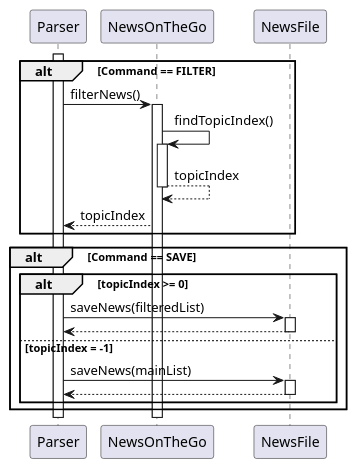
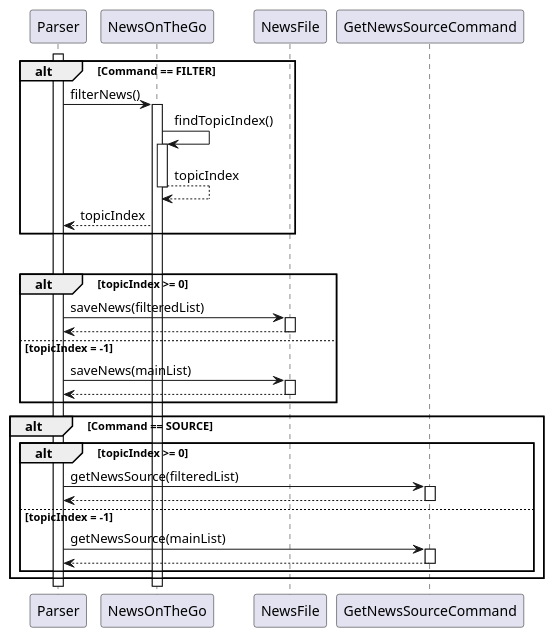
One commit to AhmedShaiyan/tp changed the diagram in docs/UML_Diagrams/filterFunctionSequence.puml. Above: the diagram before and after it, drawn with PlantUML. The commit also changed 10 other files, not shown here.

```diff
--- a/docs/UML_Diagrams/filterFunctionSequence.puml
+++ b/docs/UML_Diagrams/filterFunctionSequence.puml
@@ -2,28 +2,41 @@
 @startuml
 'https://plantuml.com/sequence-diagram
 
 activate Parser
 alt Command == FILTER
 Parser->NewsOnTheGo: filterNews()
 activate NewsOnTheGo
 NewsOnTheGo->NewsOnTheGo: findTopicIndex()
 activate NewsOnTheGo
 NewsOnTheGo-->NewsOnTheGo: topicIndex
 deactivate NewsOnTheGo
 NewsOnTheGo-->Parser: topicIndex
 end
 
 alt Command == SAVE
 alt topicIndex >= 0
 Parser->NewsFile: saveNews(filteredList)
 activate NewsFile
 NewsFile-->Parser
 deactivate NewsFile
 else topicIndex = -1
 Parser->NewsFile: saveNews(mainList)
 activate NewsFile
 NewsFile-->Parser
 deactivate NewsFile
 end
+
+alt Command == SOURCE
+alt topicIndex >= 0
+Parser->GetNewsSourceCommand: getNewsSource(filteredList)
+activate GetNewsSourceCommand
+GetNewsSourceCommand-->Parser
+deactivate GetNewsSourceCommand
+else topicIndex = -1
+Parser->GetNewsSourceCommand: getNewsSource(mainList)
+activate GetNewsSourceCommand
+GetNewsSourceCommand-->Parser
+deactivate GetNewsSourceCommand
+end
 end
 @enduml
```
